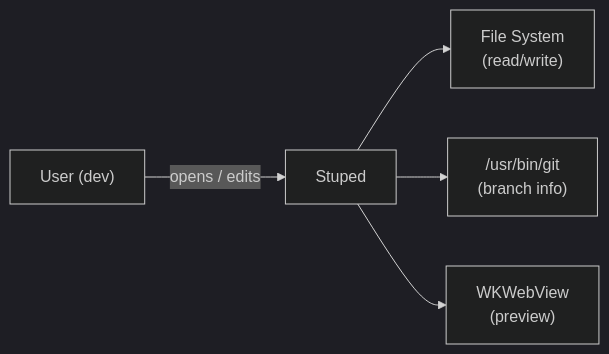
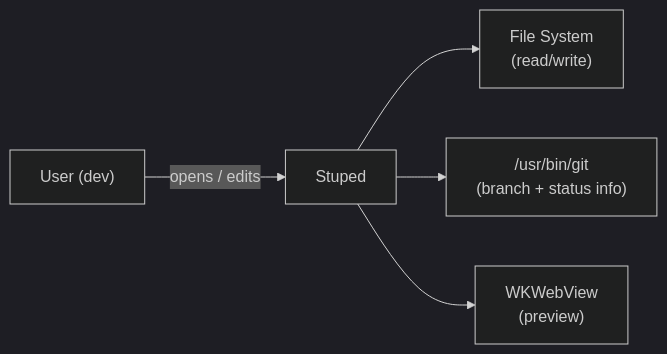
The first of 7 diagrams in doc/arc42.md (bjblazko/stuped), drawn with Mermaid (dark theme) before and after one commit. The commit also changed other lines of this file and 17 other files, not shown here.

````diff
--- a/doc/arc42.md
+++ b/doc/arc42.md
@@ -59,7 +60,7 @@
 ```mermaid
 graph LR
     User["User (dev)"] -->|opens / edits| Stuped
     Stuped --> FS["File System\n(read/write)"]
-    Stuped --> Git["/usr/bin/git\n(branch info)"]
+    Stuped --> Git["/usr/bin/git\n(branch + status info)"]
     Stuped --> WK["WKWebView\n(preview)"]
 ```
````
